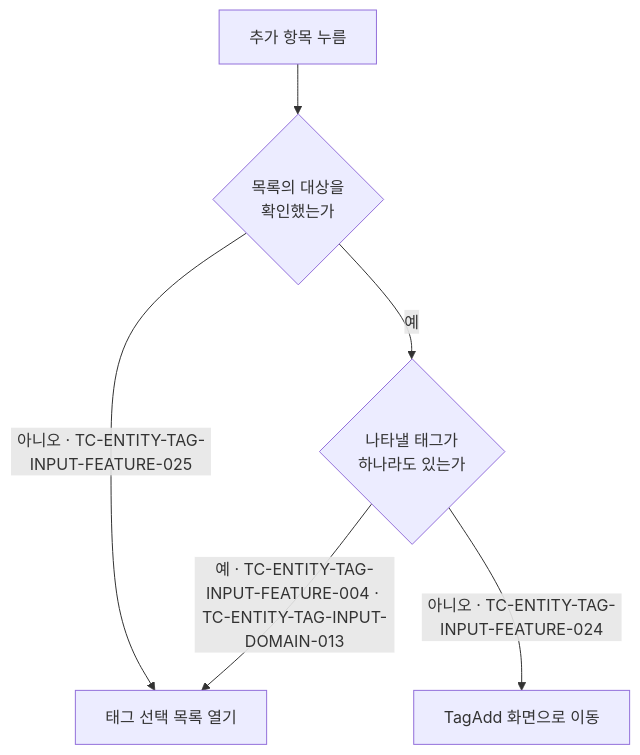
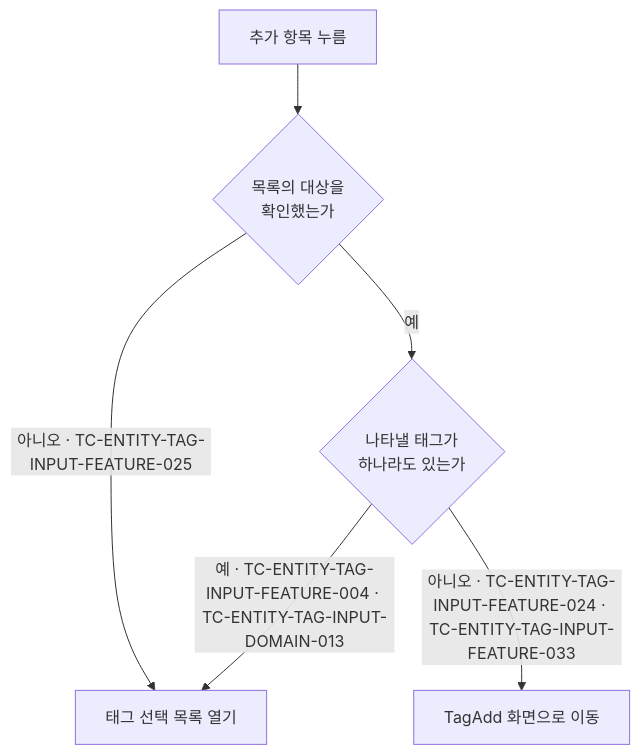
The diagram in docs/testcase/entity-tag-input.md (taetae98coding/DiaryKMP), drawn with Mermaid before and after one commit. The commit also changed other lines of this file and 154 other files, not shown here.

````diff
--- a/docs/testcase/entity-tag-input.md
+++ b/docs/testcase/entity-tag-input.md
@@ -44,8 +44,8 @@
 ```mermaid
 flowchart TD
     Click["추가 항목 누름"] --> Ready{"목록의 대상을<br/>확인했는가"}
     Ready -- "아니오 · TC-ENTITY-TAG-INPUT-FEATURE-025" --> Open["태그 선택 목록 열기"]
     Ready -- 예 --> Any{"나타낼 태그가<br/>하나라도 있는가"}
     Any -- "예 · TC-ENTITY-TAG-INPUT-FEATURE-004 · TC-ENTITY-TAG-INPUT-DOMAIN-013" --> Open
-    Any -- "아니오 · TC-ENTITY-TAG-INPUT-FEATURE-024" --> Move["TagAdd 화면으로 이동"]
+    Any -- "아니오 · TC-ENTITY-TAG-INPUT-FEATURE-024 · TC-ENTITY-TAG-INPUT-FEATURE-033" --> Move["TagAdd 화면으로 이동"]
 ```
````
